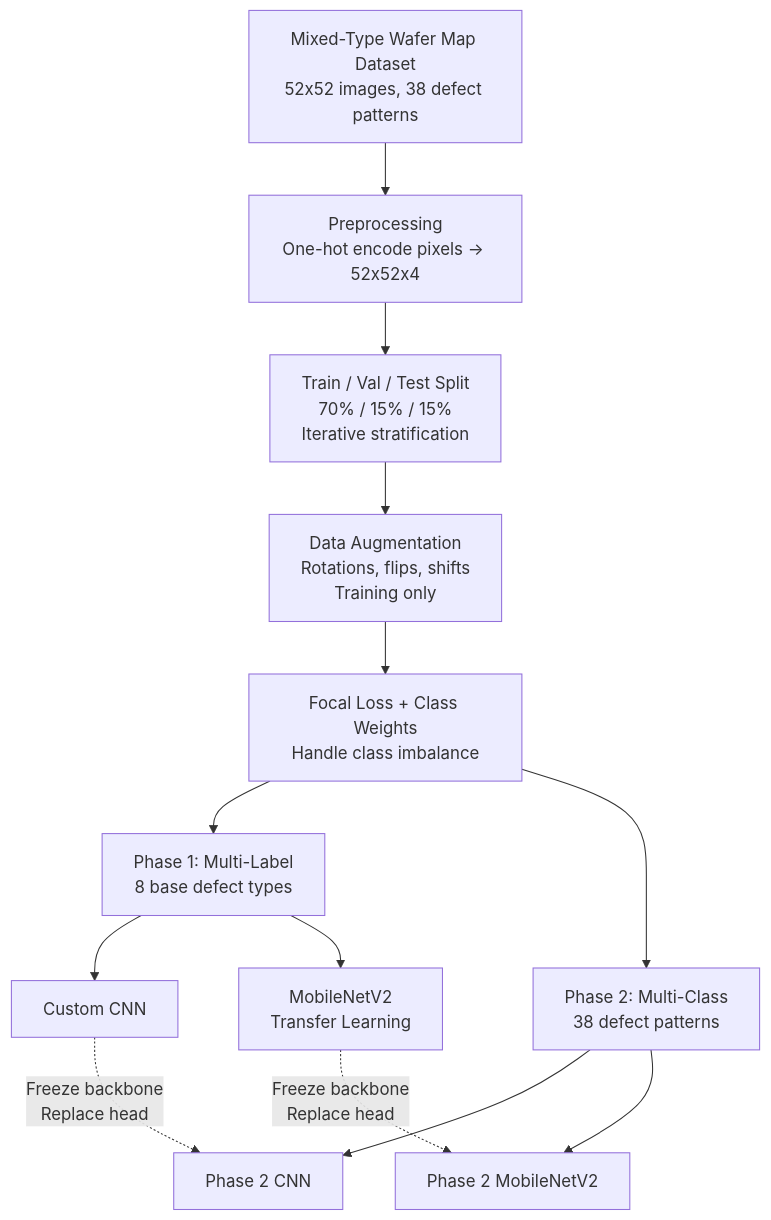
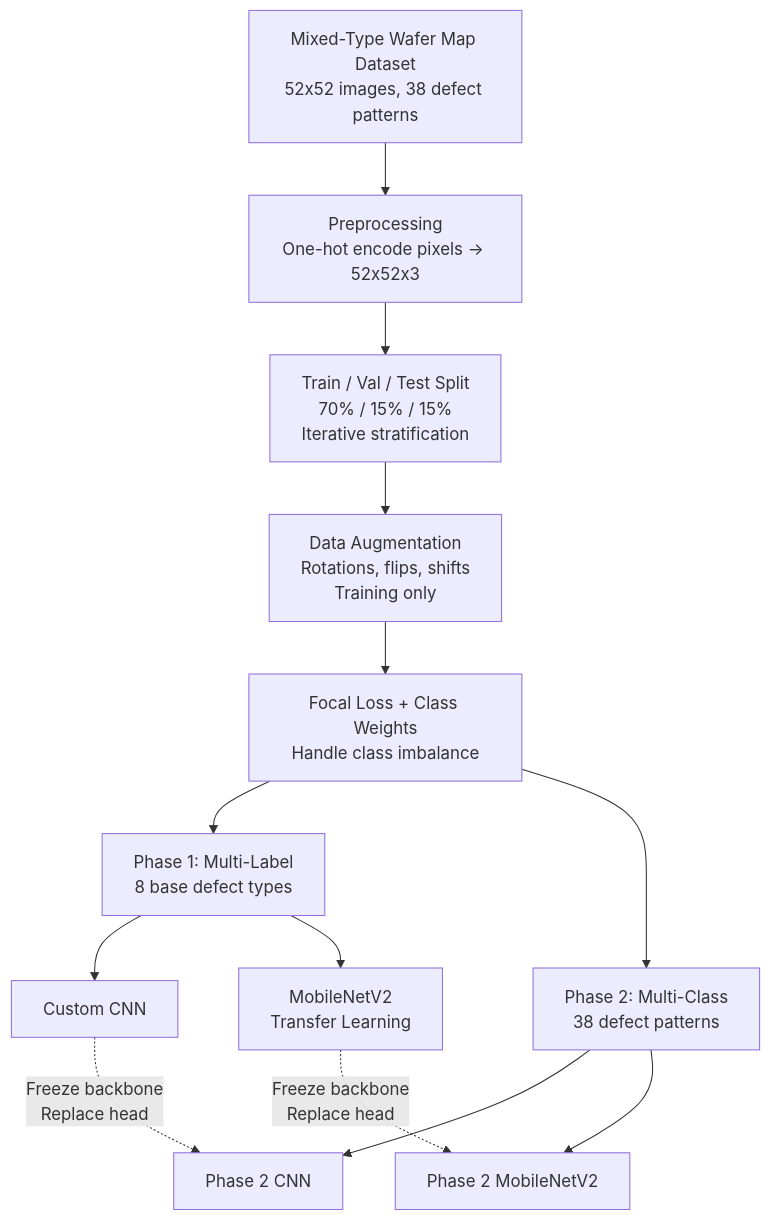
One commit to Waferguard/waferguard-ml changed the first of 4 diagrams in wafer_images/architecture.md. Above: the diagram before and after it, drawn with Mermaid. The commit also changed 14 other files, not shown here.

````diff
--- a/wafer_images/architecture.md
+++ b/wafer_images/architecture.md
@@ -5,19 +5,19 @@
 ```mermaid
 flowchart TD
-    A[Mixed-Type Wafer Map Dataset<br/>52x52 images, 38 defect patterns] --> B[Preprocessing<br/>One-hot encode pixels → 52x52x4]
+    A[Mixed-Type Wafer Map Dataset<br/>52x52 images, 38 defect patterns] --> B[Preprocessing<br/>One-hot encode pixels → 52x52x3]
     B --> C[Train / Val / Test Split<br/>70% / 15% / 15%<br/>Iterative stratification]
     C --> D[Data Augmentation<br/>Rotations, flips, shifts<br/>Training only]
     D --> E[Focal Loss + Class Weights<br/>Handle class imbalance]
 
     E --> F[Phase 1: Multi-Label<br/>8 base defect types]
     E --> G[Phase 2: Multi-Class<br/>38 defect patterns]
 
     F --> F1[Custom CNN]
     F --> F2[MobileNetV2<br/>Transfer Learning]
 
     F1 -.->|Freeze backbone<br/>Replace head| G1[Phase 2 CNN]
     F2 -.->|Freeze backbone<br/>Replace head| G2[Phase 2 MobileNetV2]
 
     G --> G1
     G --> G2
 ```
````
